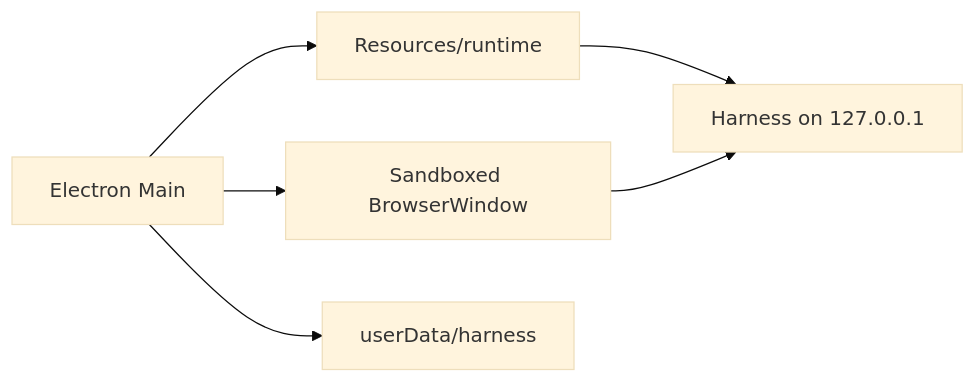
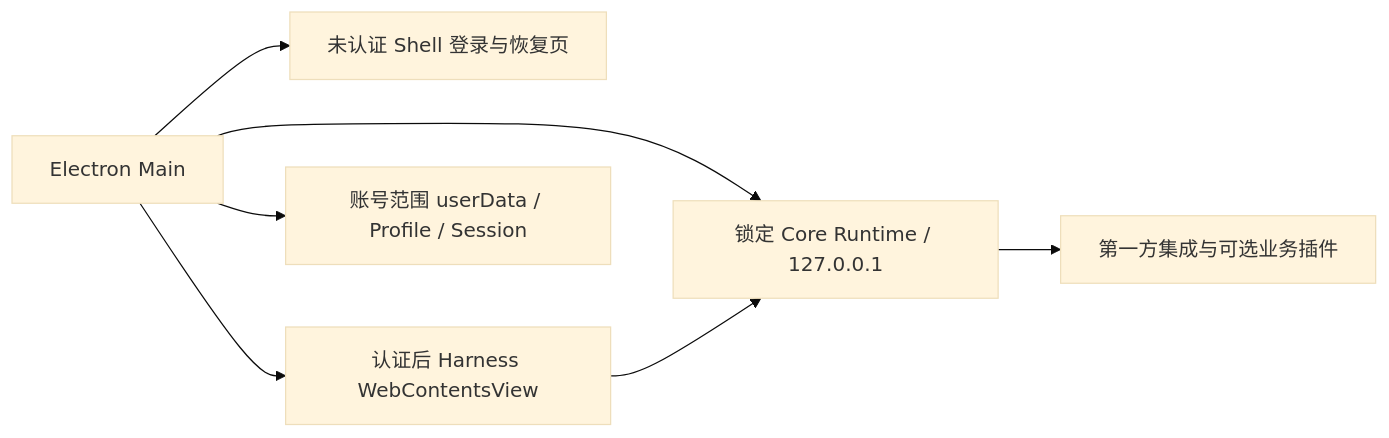
One commit to Boxser567/insight-desktop-shell changed the diagram in docs/architecture.md. Above: the diagram before and after it, drawn with Mermaid (base theme). The commit also changed other lines of this file and 242 other files, not shown here.

````diff
--- a/docs/architecture.md
+++ b/docs/architecture.md
@@ -17,8 +7,9 @@
 ```mermaid
 flowchart LR
-  MAIN["Electron Main"] --> WINDOW["Sandboxed BrowserWindow"]
-  MAIN --> CORE["Resources/runtime"]
-  CORE --> HARNESS["Harness on 127.0.0.1"]
-  WINDOW --> HARNESS
-  MAIN --> DATA["userData/harness"]
+  M[Electron Main] --> L[未认证 Shell 登录与恢复页]
+  M --> H[认证后 Harness WebContentsView]
+  M --> R[锁定 Core Runtime / 127.0.0.1]
+  H --> R
+  M --> D[账号范围 userData / Profile / Session]
+  R --> P[第一方集成与可选业务插件]
 ```
````
